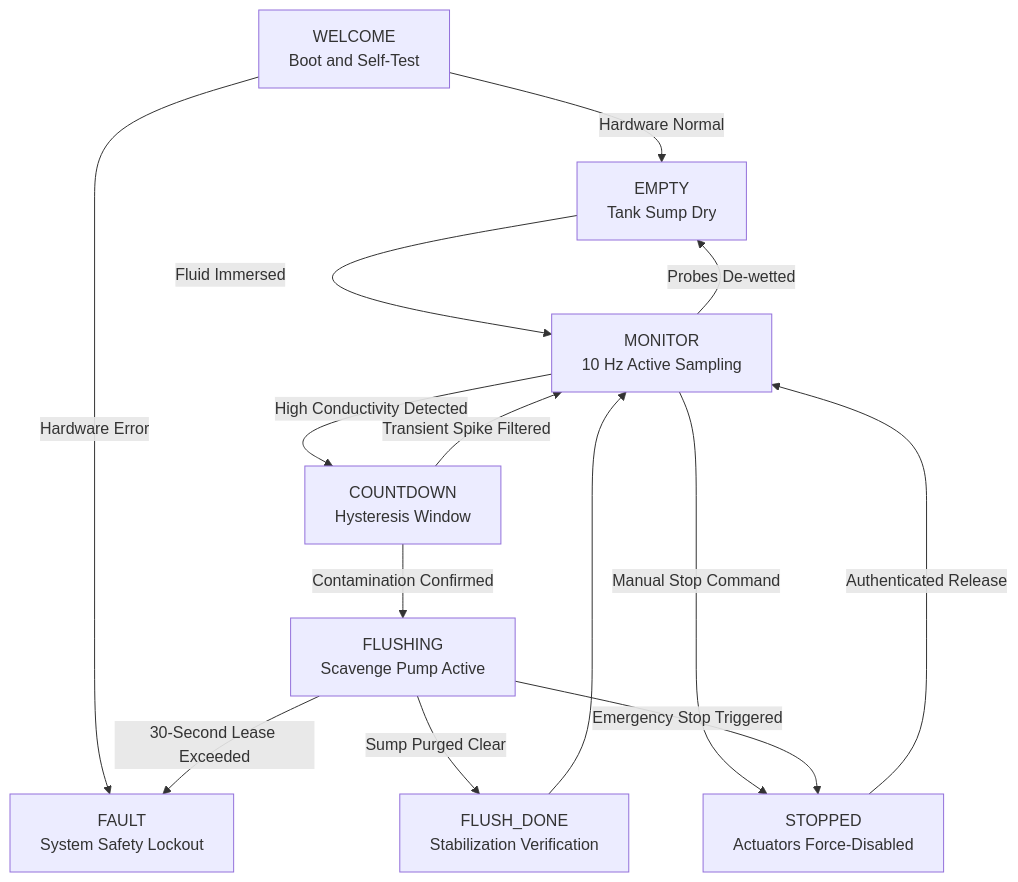
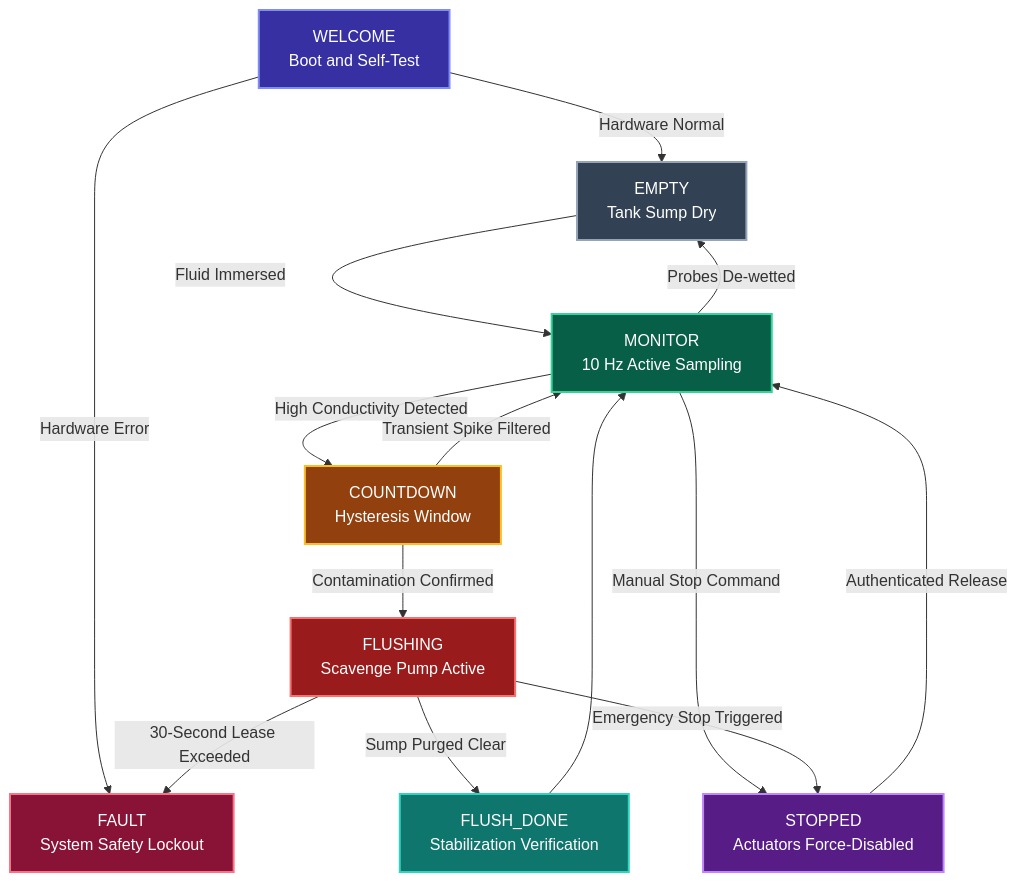
Before and after one commit to RizzWan-Codes/FuelGuard: the second of 2 diagrams in README.md, drawn with Mermaid. The commit also changed other lines of this file, not shown here.

Commit message:
Add vibrant semantic colors and node styling to Mermaid flowcharts

````diff
--- a/README.md
+++ b/README.md
@@ -152,16 +161,25 @@
 ```mermaid
 flowchart TD
     WELCOME["WELCOME<br/>Boot and Self-Test"] -->|"Hardware Normal"| EMPTY["EMPTY<br/>Tank Sump Dry"]
     WELCOME -->|"Hardware Error"| FAULT["FAULT<br/>System Safety Lockout"]
     EMPTY -->|"Fluid Immersed"| MONITOR["MONITOR<br/>10 Hz Active Sampling"]
     MONITOR -->|"Probes De-wetted"| EMPTY
     MONITOR -->|"High Conductivity Detected"| COUNTDOWN["COUNTDOWN<br/>Hysteresis Window"]
     COUNTDOWN -->|"Transient Spike Filtered"| MONITOR
     COUNTDOWN -->|"Contamination Confirmed"| FLUSHING["FLUSHING<br/>Scavenge Pump Active"]
     FLUSHING -->|"30-Second Lease Exceeded"| FAULT
     FLUSHING -->|"Sump Purged Clear"| FLUSH_DONE["FLUSH_DONE<br/>Stabilization Verification"]
     FLUSH_DONE --> MONITOR
     MONITOR -->|"Manual Stop Command"| STOPPED["STOPPED<br/>Actuators Force-Disabled"]
     FLUSHING -->|"Emergency Stop Triggered"| STOPPED
     STOPPED -->|"Authenticated Release"| MONITOR
+
+    style WELCOME fill:#3730A3,stroke:#818CF8,stroke-width:2px,color:#FFFFFF
+    style EMPTY fill:#334155,stroke:#94A3B8,stroke-width:2px,color:#FFFFFF
+    style MONITOR fill:#065F46,stroke:#34D399,stroke-width:2px,color:#FFFFFF
+    style COUNTDOWN fill:#92400E,stroke:#FBBF24,stroke-width:2px,color:#FFFFFF
+    style FLUSHING fill:#991B1B,stroke:#F87171,stroke-width:2px,color:#FFFFFF
+    style FLUSH_DONE fill:#0F766E,stroke:#2DD4BF,stroke-width:2px,color:#FFFFFF
+    style STOPPED fill:#581C87,stroke:#C084FC,stroke-width:2px,color:#FFFFFF
+    style FAULT fill:#881337,stroke:#FB7185,stroke-width:2px,color:#FFFFFF
 ```
````
